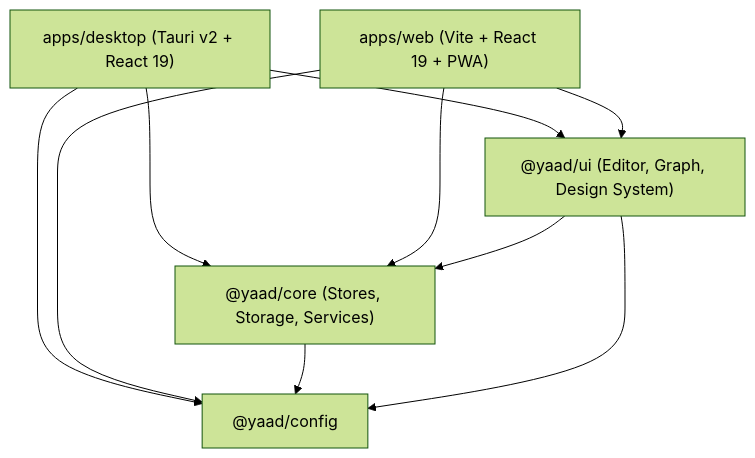
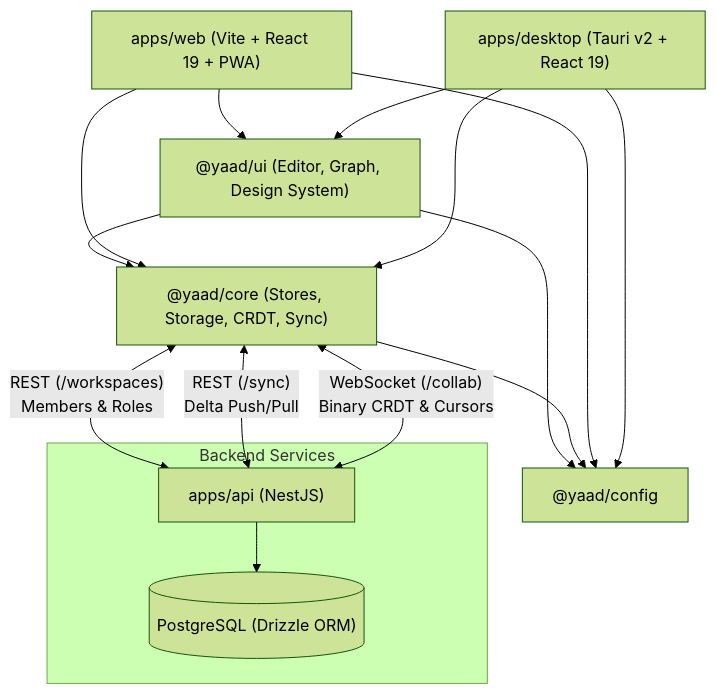
One commit to Ehsan-c137/yaad changed the first of 3 diagrams in docs/ARCHITECTURE.md. Above: the diagram before and after it, drawn with Mermaid (forest theme). The commit also changed other lines of this file and 5 other files, not shown here.

Commit message:
docs: update documentation to include real-time collaboration, delta sync engine, and workspace member APIs

````diff
--- a/docs/ARCHITECTURE.md
+++ b/docs/ARCHITECTURE.md
@@ -11,12 +11,22 @@
 ```mermaid
 graph TD
     Desktop["apps/desktop (Tauri v2 + React 19)"] --> UI["@yaad/ui (Editor, Graph, Design System)"]
-    Desktop --> Core["@yaad/core (Stores, Storage, Services)"]
+    Desktop --> Core["@yaad/core (Stores, Storage, CRDT, Sync)"]
     Web["apps/web (Vite + React 19 + PWA)"] --> UI
     Web --> Core
     UI --> Core
     Desktop --> Config["@yaad/config"]
     Web --> Config
     Core --> Config
     UI --> Config
+
+    subgraph Backend Services
+        API["apps/api (NestJS)"]
+        DB[("PostgreSQL (Drizzle ORM)")]
+        API --> DB
+    end
+
+    Core <-->|"WebSocket (/collab)<br/>Binary CRDT & Cursors"| API
+    Core <-->|"REST (/sync)<br/>Delta Push/Pull"| API
+    Core <-->|"REST (/workspaces)<br/>Members & Roles"| API
 ```
````
